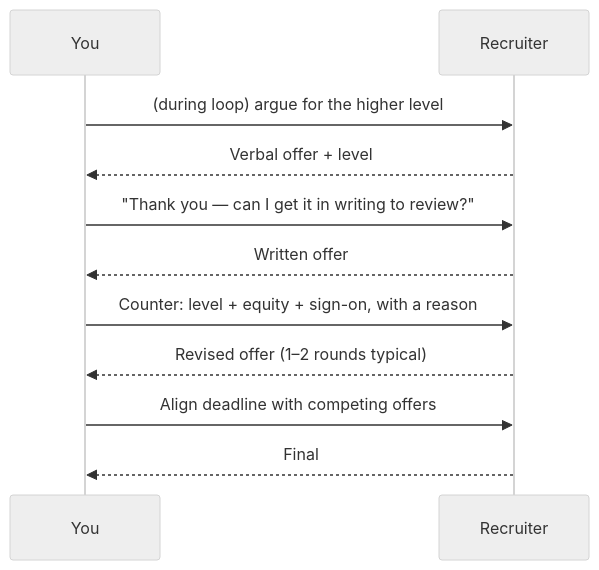
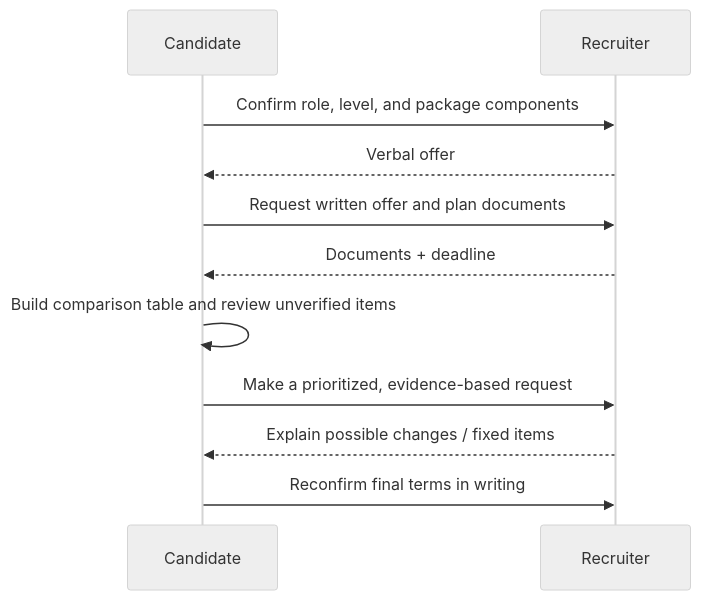
Before and after one commit to beomyoung-kim/ml_study: the second of 2 diagrams in content/process/negotiation.md, drawn with Mermaid (neutral theme). The commit also changed other lines of this file and 209 other files, not shown here.

````diff
--- a/content/process/negotiation.md
+++ b/content/process/negotiation.md
@@ -62,13 +86,13 @@
 ```mermaid
 sequenceDiagram
-  participant Y as You
+  participant C as Candidate
   participant R as Recruiter
-  Y->>R: (during loop) argue for the higher level
-  R-->>Y: Verbal offer + level
-  Y->>R: "Thank you — can I get it in writing to review?"
-  R-->>Y: Written offer
-  Y->>R: Counter: level + equity + sign-on, with a reason
-  R-->>Y: Revised offer (1–2 rounds typical)
-  Y->>R: Align deadline with competing offers
-  R-->>Y: Final
+  C->>R: Confirm role, level, and package components
+  R-->>C: Verbal offer
+  C->>R: Request written offer and plan documents
+  R-->>C: Documents + deadline
+  C->>C: Build comparison table and review unverified items
+  C->>R: Make a prioritized, evidence-based request
+  R-->>C: Explain possible changes / fixed items
+  C->>R: Reconfirm final terms in writing
 ```
````
